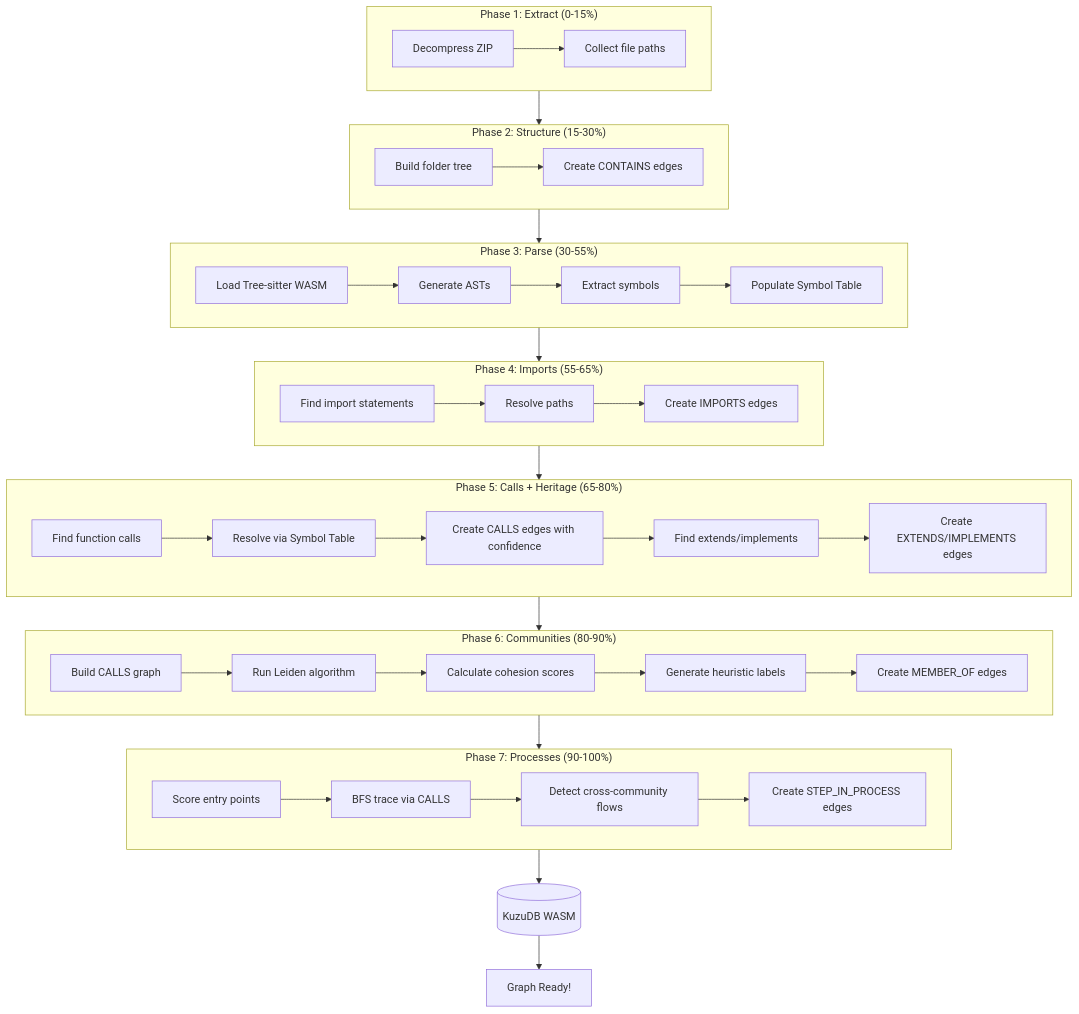
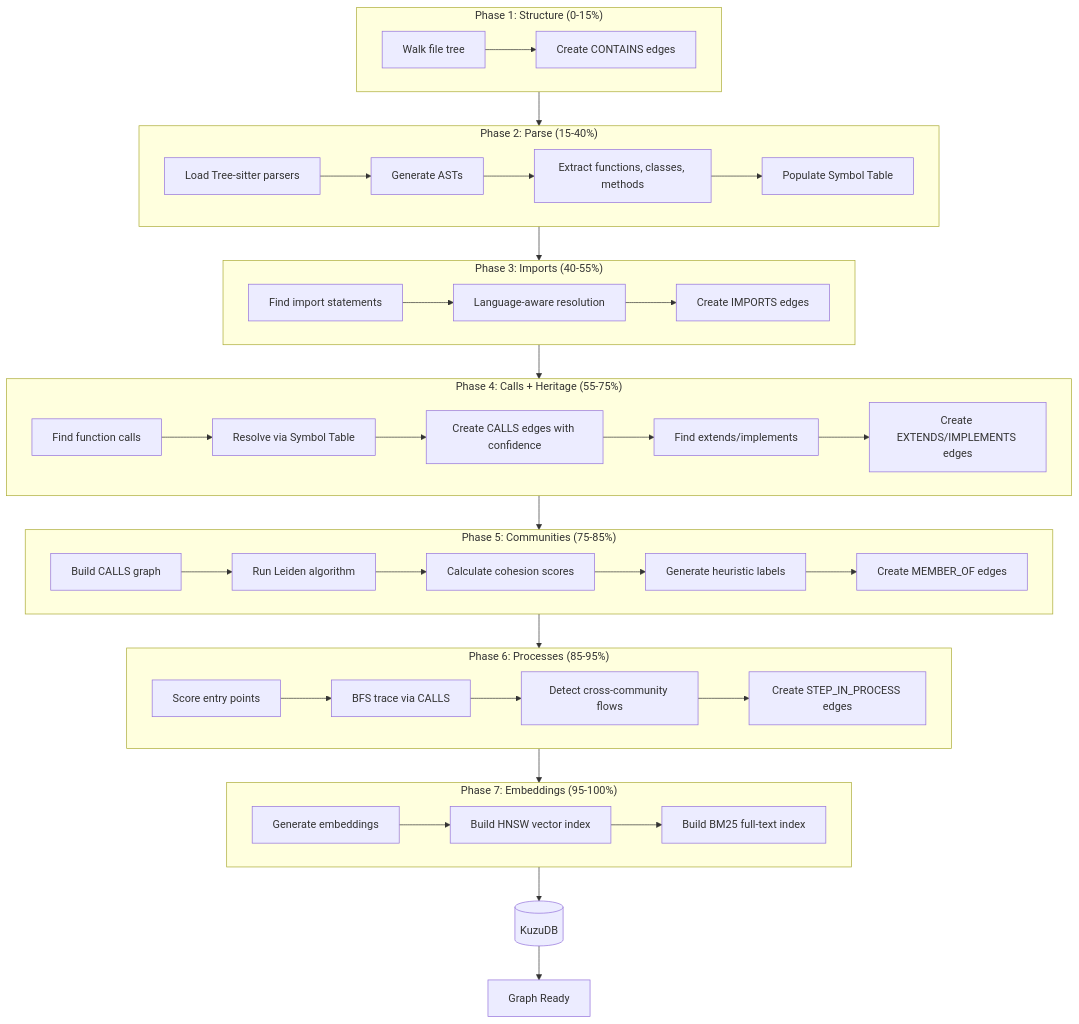
The third of 6 diagrams in README.md (OliverNyx/NexusAI), drawn with Mermaid before and after one commit. The commit also changed other lines of this file and 32 other files, not shown here.

````diff
--- a/README.md
+++ b/README.md
@@ -114,45 +264,46 @@
 ```mermaid
 flowchart TD
-    subgraph P1["Phase 1: Extract (0-15%)"]
-        E1[Decompress ZIP] --> E2[Collect file paths]
+    subgraph P1["Phase 1: Structure (0-15%)"]
+        S1[Walk file tree] --> S2[Create CONTAINS edges]
     end
-    
-    subgraph P2["Phase 2: Structure (15-30%)"]
-        S1[Build folder tree] --> S2[Create CONTAINS edges]
-    end
-    
-    subgraph P3["Phase 3: Parse (30-55%)"]
-        PA1[Load Tree-sitter WASM] --> PA2[Generate ASTs]
-        PA2 --> PA3[Extract symbols]
+
+    subgraph P2["Phase 2: Parse (15-40%)"]
+        PA1[Load Tree-sitter parsers] --> PA2[Generate ASTs]
+        PA2 --> PA3[Extract functions, classes, methods]
         PA3 --> PA4[Populate Symbol Table]
     end
-    
-    subgraph P4["Phase 4: Imports (55-65%)"]
-        I1[Find import statements] --> I2[Resolve paths]
+
+    subgraph P3["Phase 3: Imports (40-55%)"]
+        I1[Find import statements] --> I2[Language-aware resolution]
         I2 --> I3[Create IMPORTS edges]
     end
-    
-    subgraph P5["Phase 5: Calls + Heritage (65-80%)"]
+
+    subgraph P4["Phase 4: Calls + Heritage (55-75%)"]
         C1[Find function calls] --> C2[Resolve via Symbol Table]
         C2 --> C3[Create CALLS edges with confidence]
         C3 --> H1[Find extends/implements]
         H1 --> H2[Create EXTENDS/IMPLEMENTS edges]
     end
-    
-    subgraph P6["Phase 6: Communities (80-90%)"]
+
+    subgraph P5["Phase 5: Communities (75-85%)"]
         CM1[Build CALLS graph] --> CM2[Run Leiden algorithm]
         CM2 --> CM3[Calculate cohesion scores]
         CM3 --> CM4[Generate heuristic labels]
         CM4 --> CM5[Create MEMBER_OF edges]
     end
-    
-    subgraph P7["Phase 7: Processes (90-100%)"]
+
+    subgraph P6["Phase 6: Processes (85-95%)"]
         PR1[Score entry points] --> PR2[BFS trace via CALLS]
         PR2 --> PR3[Detect cross-community flows]
         PR3 --> PR4[Create STEP_IN_PROCESS edges]
     end
-    
+
+    subgraph P7["Phase 7: Embeddings (95-100%)"]
+        EM1[Generate embeddings] --> EM2[Build HNSW vector index]
+        EM2 --> EM3[Build BM25 full-text index]
+    end
+
     P1 --> P2 --> P3 --> P4 --> P5 --> P6 --> P7
-    P7 --> DB[(KuzuDB WASM)]
-    DB --> READY[Graph Ready!]
+    P7 --> DB[(KuzuDB)]
+    DB --> READY[Graph Ready]
 ```
````
